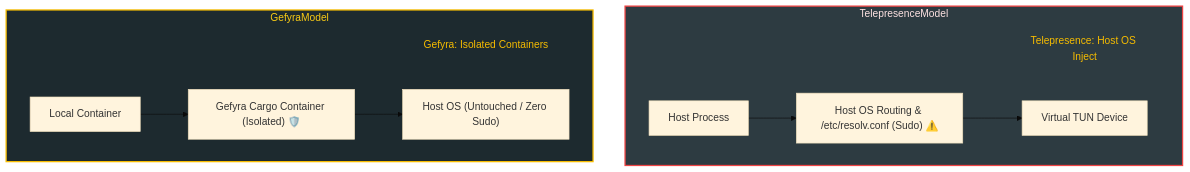
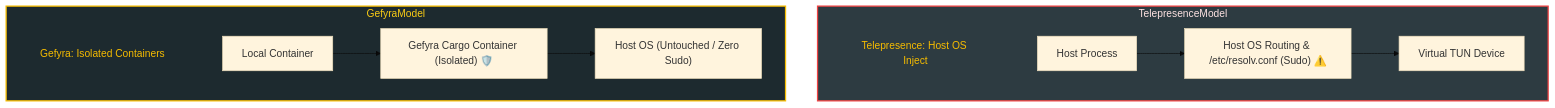
Before and after one commit to gefyrahq/gefyra: the diagram in gefyra-docs/content/en/7.comparisons/1.gefyra-vs-telepresence.md, drawn with Mermaid (base theme). The commit also changed other lines of this file and 33 other files, not shown here.

````diff
--- a/gefyra-docs/content/en/7.comparisons/1.gefyra-vs-telepresence.md
+++ b/gefyra-docs/content/en/7.comparisons/1.gefyra-vs-telepresence.md
@@ -38,23 +38,23 @@
 ```mermaid
 flowchart TD
     subgraph TelepresenceModel
         direction LR
-        TeleTitle[["Telepresence: Host OS Inject"]]
-        HostApp["Host Process"] --> HostNet["Host OS Routing & /etc/resolv.conf (Sudo) ⚠️"]
+        TeleTitle[["Telepresence: Host OS Inject"]] ~~~ HostApp["Host Process"]
+        HostApp --> HostNet["Host OS Routing & /etc/resolv.conf (Sudo) ⚠️"]
         HostNet --> TUN["Virtual TUN Device"]
     end
 
     subgraph GefyraModel
         direction LR
-        GefyraTitle[["Gefyra: Isolated Containers"]]
-        AppContainer["Local Container"] --> CargoContainer["Gefyra Cargo Container (Isolated) 🛡️"]
+        GefyraTitle[["Gefyra: Isolated Containers"]] ~~~ AppContainer["Local Container"]
+        AppContainer --> CargoContainer["Gefyra Cargo Container (Isolated) 🛡️"]
         CargoContainer --> HostClean["Host OS (Untouched / Zero Sudo)"]
     end
 
     classDef groupTitle fill:transparent,stroke:none,color:#f6bc00;
     classDef danger fill:#2d3b41,stroke:#ef4444,stroke-width:2px,color:#fee2e2;
     classDef safe fill:#1d2a2f,stroke:#f6bc00,stroke-width:2px,color:#facc15;
     class TeleTitle,GefyraTitle groupTitle;
     class TelepresenceModel danger;
     class GefyraModel safe;
 ```
````
